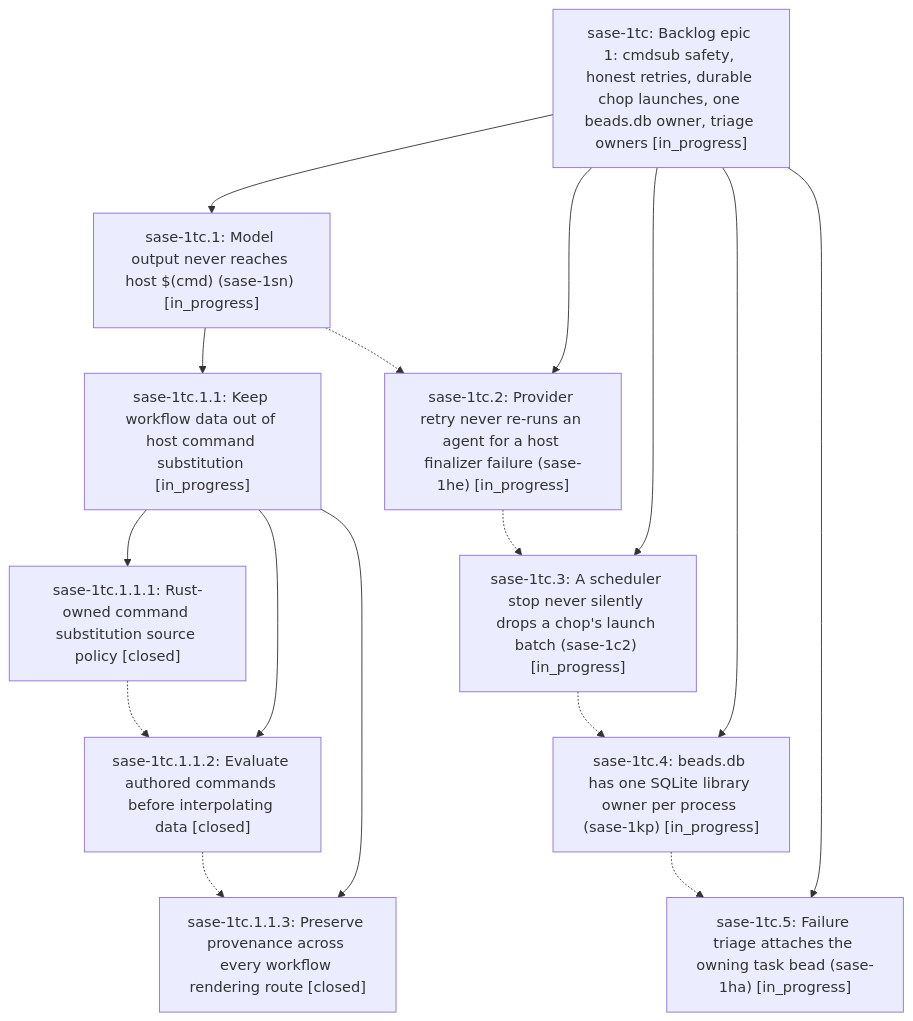
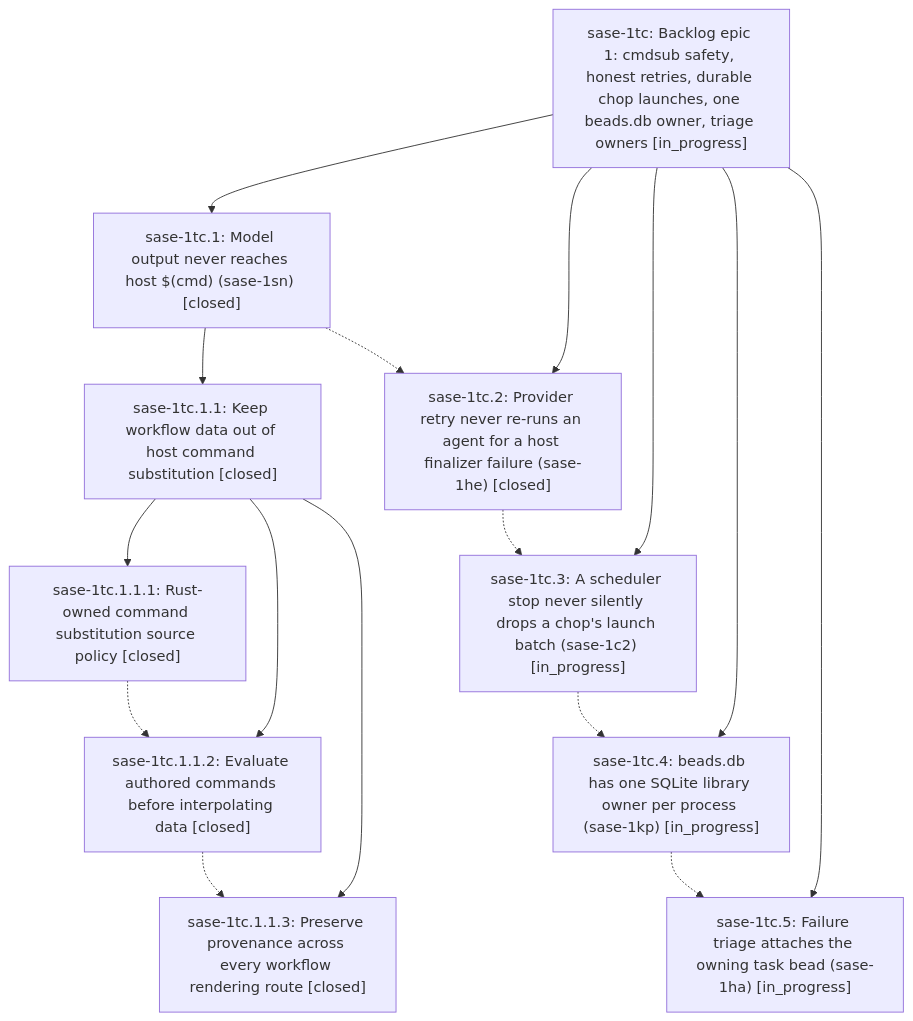
The diagram in pages/sase-1tc/README.md (sase-org/sase--beads), drawn with Mermaid before and after one commit. The commit also changed other lines of this file and 5 other files, not shown here.

````diff
--- a/pages/sase-1tc/README.md
+++ b/pages/sase-1tc/README.md
@@ -40,28 +40,28 @@
 ```mermaid
 flowchart TD
     n0["sase-1tc: Backlog epic 1: cmdsub safety, honest retries, durable chop launches, one beads.db owner, triage owners [in_progress]"]
-    n1["sase-1tc.1: Model output never reaches host $(cmd) (sase-1sn) [in_progress]"]
-    n2["sase-1tc.1.1: Keep workflow data out of host command substitution [in_progress]"]
+    n1["sase-1tc.1: Model output never reaches host $(cmd) (sase-1sn) [closed]"]
+    n2["sase-1tc.1.1: Keep workflow data out of host command substitution [closed]"]
     n3["sase-1tc.1.1.1: Rust-owned command substitution source policy [closed]"]
     n4["sase-1tc.1.1.2: Evaluate authored commands before interpolating data [closed]"]
     n5["sase-1tc.1.1.3: Preserve provenance across every workflow rendering route [closed]"]
-    n6["sase-1tc.2: Provider retry never re-runs an agent for a host finalizer failure (sase-1he) [in_progress]"]
+    n6["sase-1tc.2: Provider retry never re-runs an agent for a host finalizer failure (sase-1he) [closed]"]
     n7["sase-1tc.3: A scheduler stop never silently drops a chop's launch batch (sase-1c2) [in_progress]"]
     n8["sase-1tc.4: beads.db has one SQLite library owner per process (sase-1kp) [in_progress]"]
     n9["sase-1tc.5: Failure triage attaches the owning task bead (sase-1ha) [in_progress]"]
     n0 --> n1
     n1 --> n2
     n2 --> n3
     n2 --> n4
     n2 --> n5
     n0 --> n6
     n0 --> n7
     n0 --> n8
     n0 --> n9
     n1 -.-> n6
     n3 -.-> n4
     n4 -.-> n5
     n6 -.-> n7
     n7 -.-> n8
     n8 -.-> n9
 ```
````
